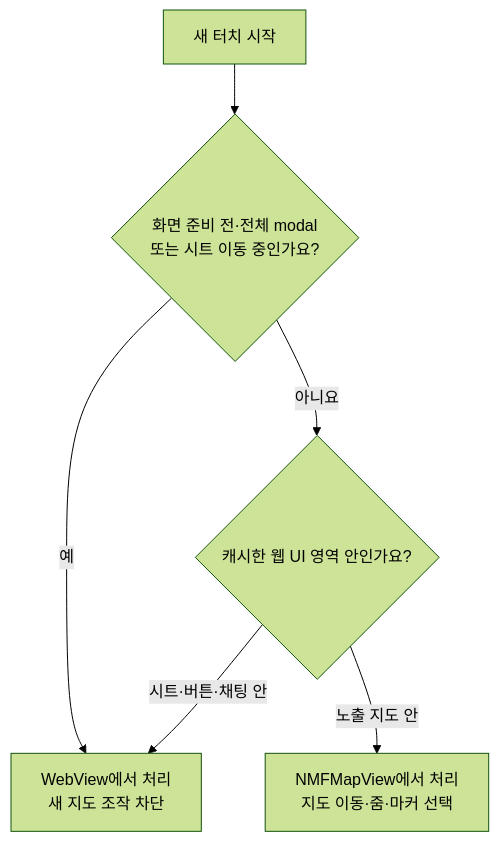
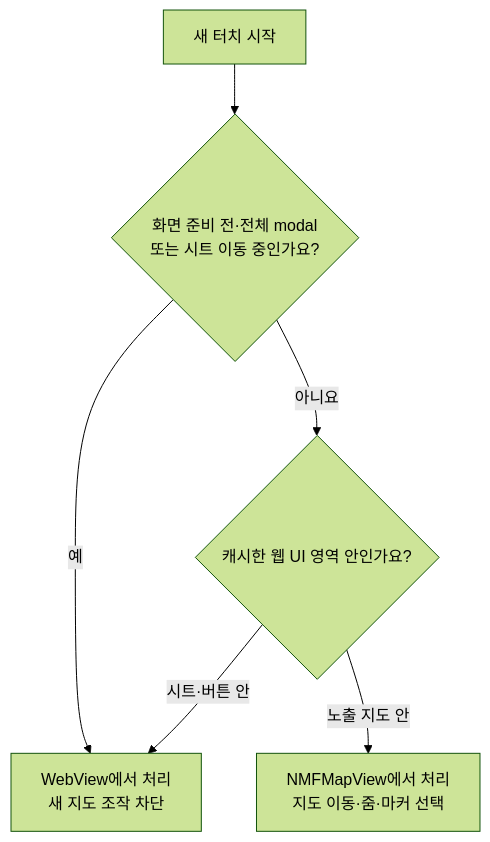
Before and after one commit to korogoo/2026-salmonbus: the third of 8 diagrams in docs/native-map/README.md, drawn with Mermaid (forest theme). The commit also changed other lines of this file and 118 other files, not shown here.

````diff
--- a/docs/native-map/README.md
+++ b/docs/native-map/README.md
@@ -83,8 +83,8 @@
 ```mermaid
 flowchart TD
     Start["새 터치 시작"] --> Block{"화면 준비 전·전체 modal<br/>또는 시트 이동 중인가요?"}
     Block -->|"예"| Web["WebView에서 처리<br/>새 지도 조작 차단"]
     Block -->|"아니요"| Region{"캐시한 웹 UI 영역 안인가요?"}
-    Region -->|"시트·버튼·채팅 안"| Web
+    Region -->|"시트·버튼 안"| Web
     Region -->|"노출 지도 안"| Map["NMFMapView에서 처리<br/>지도 이동·줌·마커 선택"]
 ```
````
